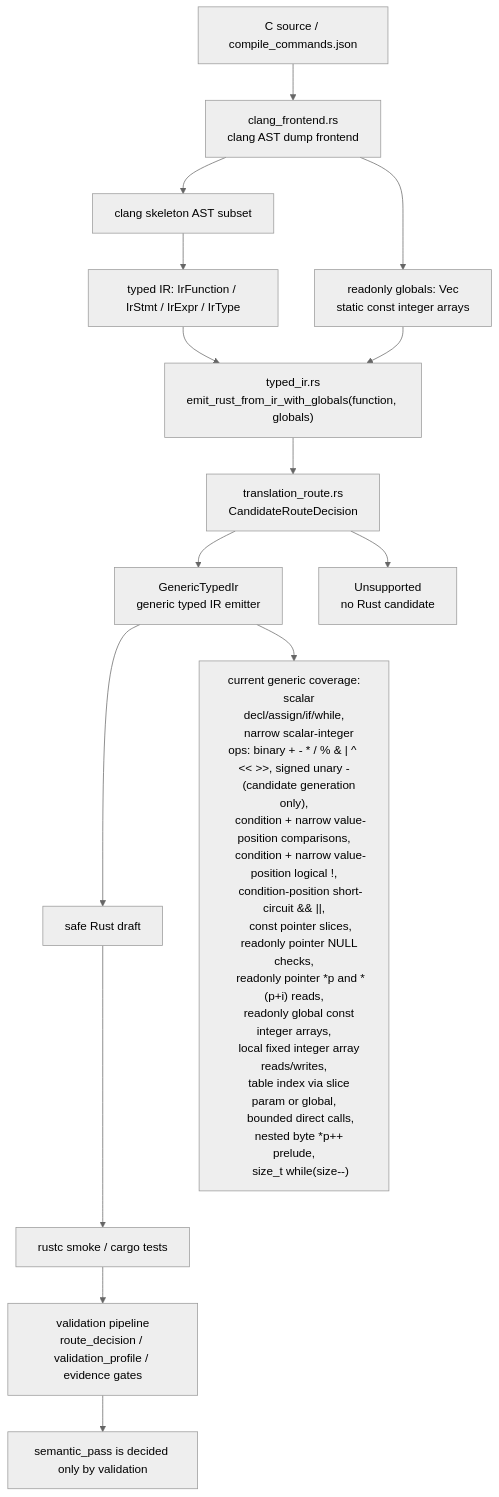
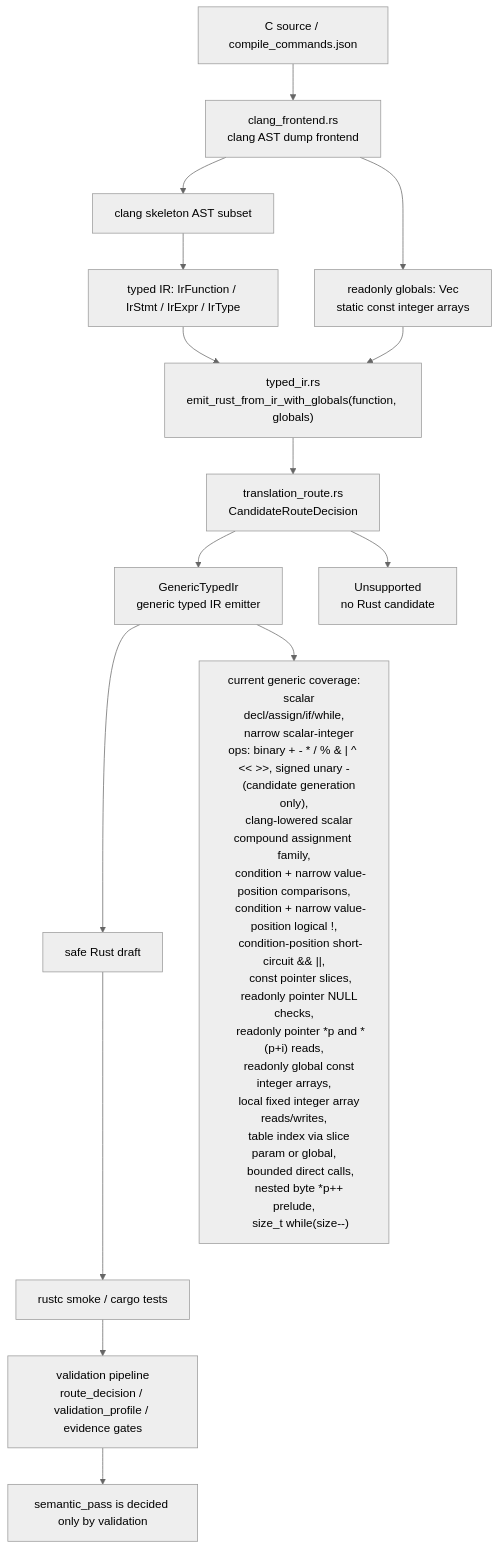
One commit to guoqihan342-svg/c-to-rust changed the diagram in docs/c2rust-migration-agent/core-translation-architecture.en.md. Above: the diagram before and after it, drawn with Mermaid (neutral theme). The commit also changed other lines of this file and 6 other files, not shown here.

Commit message:
Support scalar compound assignment lowering

````diff
--- a/docs/c2rust-migration-agent/core-translation-architecture.en.md
+++ b/docs/c2rust-migration-agent/core-translation-architecture.en.md
@@ -7,33 +7,34 @@
 ```mermaid
 flowchart TD
     C["C source / compile_commands.json"] --> Clang["clang_frontend.rs<br/>clang AST dump frontend"]
     Clang --> Skeleton["clang skeleton AST subset"]
     Skeleton --> IR["typed IR: IrFunction / IrStmt / IrExpr / IrType"]
     Clang --> Globals["readonly globals: Vec<IrGlobal><br/>static const integer arrays"]
     IR --> EmitCtx["typed_ir.rs<br/>emit_rust_from_ir_with_globals(function, globals)"]
     Globals --> EmitCtx
     EmitCtx --> RouteMeta["translation_route.rs<br/>CandidateRouteDecision"]
     RouteMeta --> Generic["GenericTypedIr<br/>generic typed IR emitter"]
     RouteMeta --> Unsupported["Unsupported<br/>no Rust candidate"]
     Generic --> Rust["safe Rust draft"]
     Rust --> Rustc["rustc smoke / cargo tests"]
     Rustc --> Validation["validation pipeline<br/>route_decision / validation_profile / evidence gates"]
 
     Generic --> Supported["current generic coverage:
     scalar decl/assign/if/while,
     narrow scalar-integer ops: binary + - * / % & | ^ << >>, signed unary -
     (candidate generation only),
+    clang-lowered scalar compound assignment family,
     condition + narrow value-position comparisons,
     condition + narrow value-position logical !,
     condition-position short-circuit && ||,
     const pointer slices,
     readonly pointer NULL checks,
     readonly pointer *p and *(p+i) reads,
     readonly global const integer arrays,
     local fixed integer array reads/writes,
     table index via slice param or global,
     bounded direct calls,
     nested byte *p++ prelude,
     size_t while(size--)"]
     Validation --> Semantic["semantic_pass is decided only by validation"]
 ```
````
